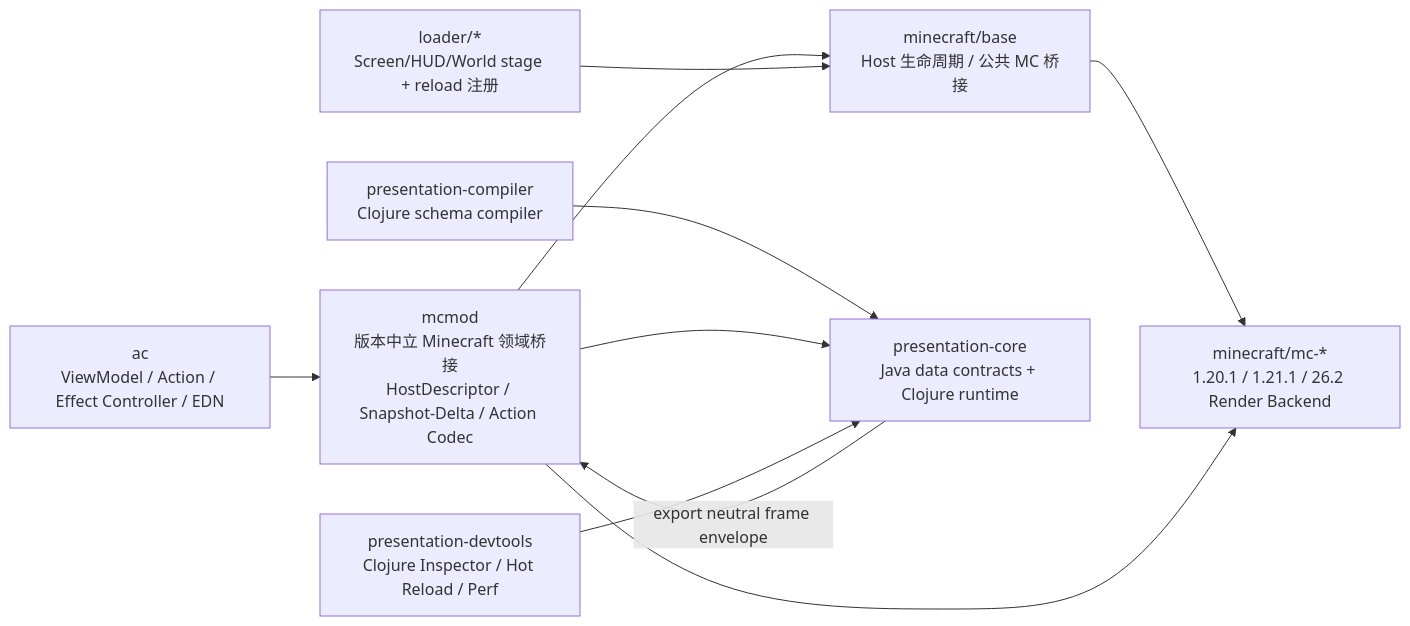
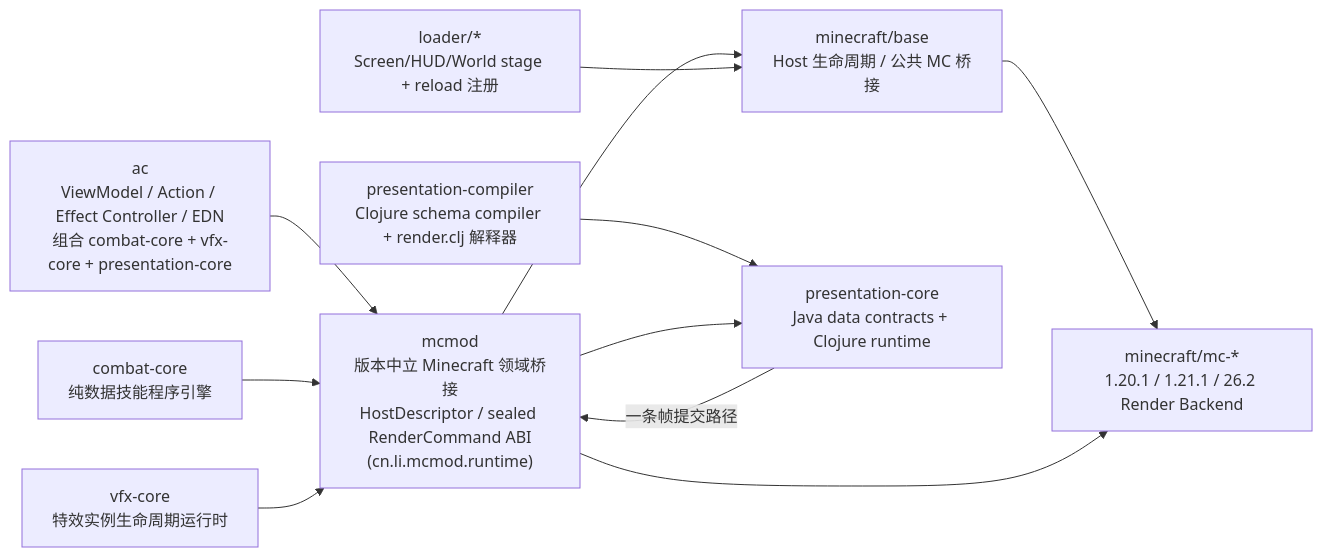
Before and after one commit to zeldacl/clojure-academy-v2: the diagram in minecraftmod/docs/02-architecture/PRESENTATION_RUNTIME_NEXT_PLAN_CN.md, drawn with Mermaid. The commit also changed other lines of this file and 7 other files, not shown here.

````diff
--- a/minecraftmod/docs/02-architecture/PRESENTATION_RUNTIME_NEXT_PLAN_CN.md
+++ b/minecraftmod/docs/02-architecture/PRESENTATION_RUNTIME_NEXT_PLAN_CN.md
@@ -14,12 +14,13 @@
 ```mermaid
 flowchart LR
-    AC["ac\nViewModel / Action / Effect Controller / EDN"] --> MM["mcmod\n版本中立 Minecraft 领域桥接\nHostDescriptor / Snapshot-Delta / Action Codec"]
+    AC["ac\nViewModel / Action / Effect Controller / EDN\n组合 combat-core + vfx-core + presentation-core"] --> MM["mcmod\n版本中立 Minecraft 领域桥接\nHostDescriptor / sealed RenderCommand ABI\n(cn.li.mcmod.runtime)"]
     MM --> BASE["minecraft/base\nHost 生命周期 / 公共 MC 桥接"]
     BASE --> VER["minecraft/mc-*\n1.20.1 / 1.21.1 / 26.2 Render Backend"]
     LOADER["loader/*\nScreen/HUD/World stage + reload 注册"] --> BASE
-    COMP["presentation-compiler\nClojure schema compiler"] --> CORE["presentation-core\nJava data contracts + Clojure runtime"]
+    COMP["presentation-compiler\nClojure schema compiler + render.clj 解释器"] --> CORE["presentation-core\nJava data contracts + Clojure runtime"]
     MM --> CORE
-    CORE -->|export neutral frame envelope| MM
+    CORE -->|一条帧提交路径| MM
     MM --> VER
-    DEV["presentation-devtools\nClojure Inspector / Hot Reload / Perf"] --> CORE
+    COMBAT["combat-core\n纯数据技能程序引擎"] --> MM
+    VFX["vfx-core\n特效实例生命周期运行时"] --> MM
 ```
````
